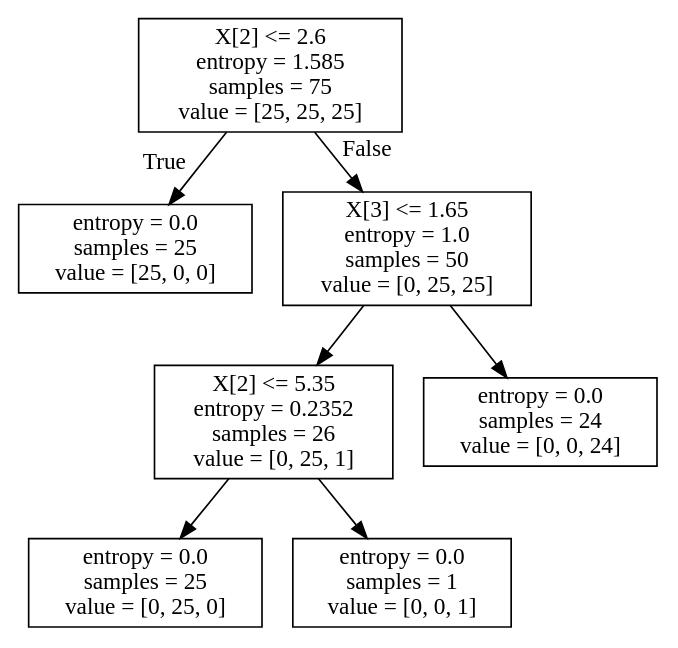
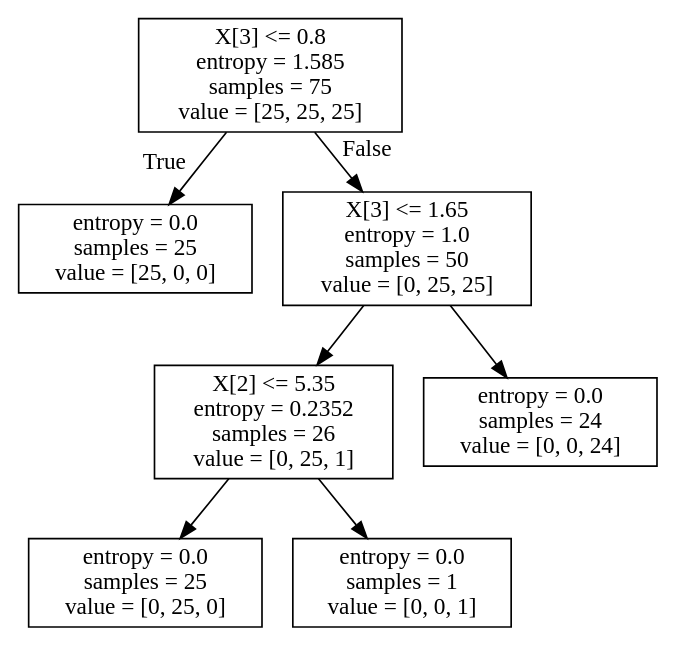
One commit to richcorrado/Iris-classification changed the diagram in iris_tree.dot. Above: the diagram before and after it, drawn with Graphviz. The commit also changed 1 other file, not shown here.

```diff
--- a/iris_tree.dot
+++ b/iris_tree.dot
@@ -1,16 +1,16 @@
 digraph Tree {
 node [shape=box] ;
-0 [label="X[2] <= 2.6\nentropy = 1.585\nsamples = 75\nvalue = [25, 25, 25]"] ;
+0 [label="X[3] <= 0.8\nentropy = 1.585\nsamples = 75\nvalue = [25, 25, 25]"] ;
 1 [label="entropy = 0.0\nsamples = 25\nvalue = [25, 0, 0]"] ;
 0 -> 1 [labeldistance=2.5, labelangle=45, headlabel="True"] ;
 2 [label="X[3] <= 1.65\nentropy = 1.0\nsamples = 50\nvalue = [0, 25, 25]"] ;
 0 -> 2 [labeldistance=2.5, labelangle=-45, headlabel="False"] ;
 3 [label="X[2] <= 5.35\nentropy = 0.2352\nsamples = 26\nvalue = [0, 25, 1]"] ;
 2 -> 3 ;
 4 [label="entropy = 0.0\nsamples = 25\nvalue = [0, 25, 0]"] ;
 3 -> 4 ;
 5 [label="entropy = 0.0\nsamples = 1\nvalue = [0, 0, 1]"] ;
 3 -> 5 ;
 6 [label="entropy = 0.0\nsamples = 24\nvalue = [0, 0, 24]"] ;
 2 -> 6 ;
 }
```
